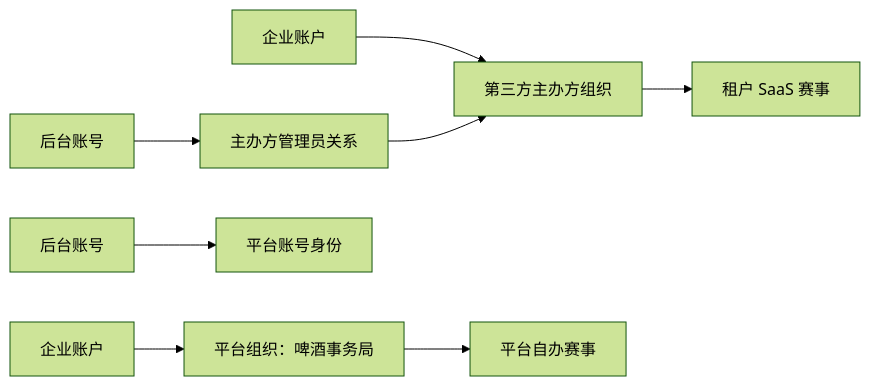
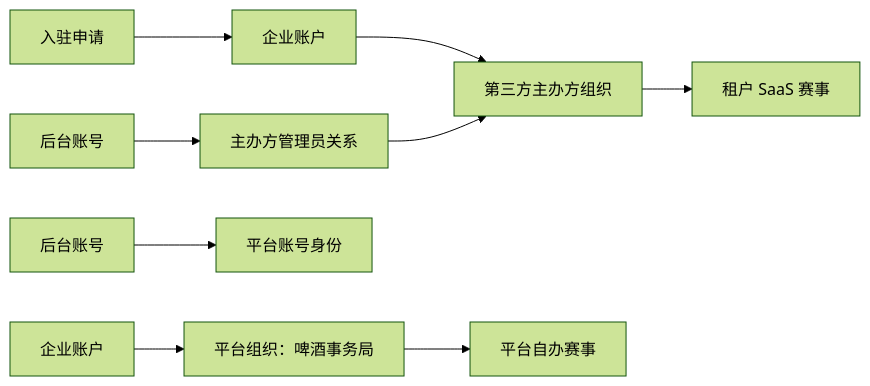
Before and after one commit to kr3ningxia/beer-competition: the diagram in docs/02-二期-SaaS化/02-详细设计/01-组织、权限与数据隔离.md, drawn with Mermaid (forest theme). The commit also changed other lines of this file and 41 other files, not shown here.

````diff
--- a/docs/02-二期-SaaS化/02-详细设计/01-组织、权限与数据隔离.md
+++ b/docs/02-二期-SaaS化/02-详细设计/01-组织、权限与数据隔离.md
@@ -40,10 +89,11 @@
 ```mermaid
 flowchart LR
     EA[企业账户] --> PO[平台组织：啤酒事务局]
-    EA2[企业账户] --> TO[第三方主办方组织]
+    AP[入驻申请] --> EA2[企业账户]
+    EA2 --> TO[第三方主办方组织]
     PO --> PC[平台自办赛事]
     TO --> TC[租户 SaaS 赛事]
     AU[后台账号] --> PM[平台账号身份]
     AU2[后台账号] --> OM[主办方管理员关系]
     OM --> TO
 ```
````
